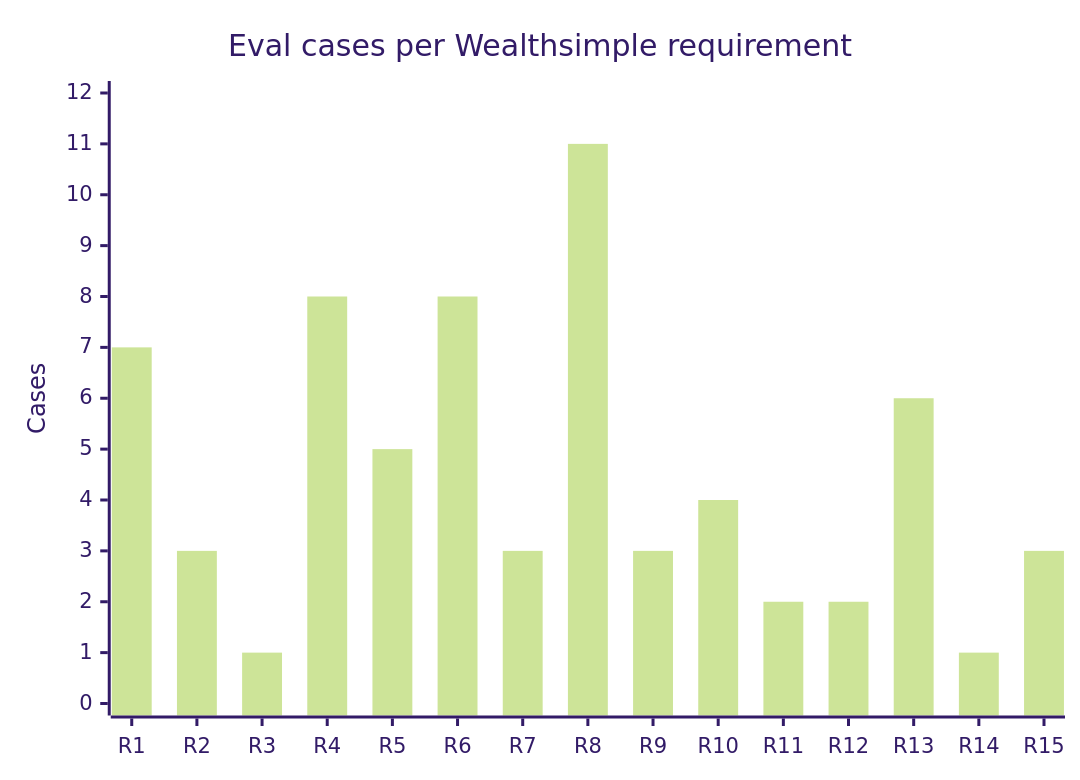
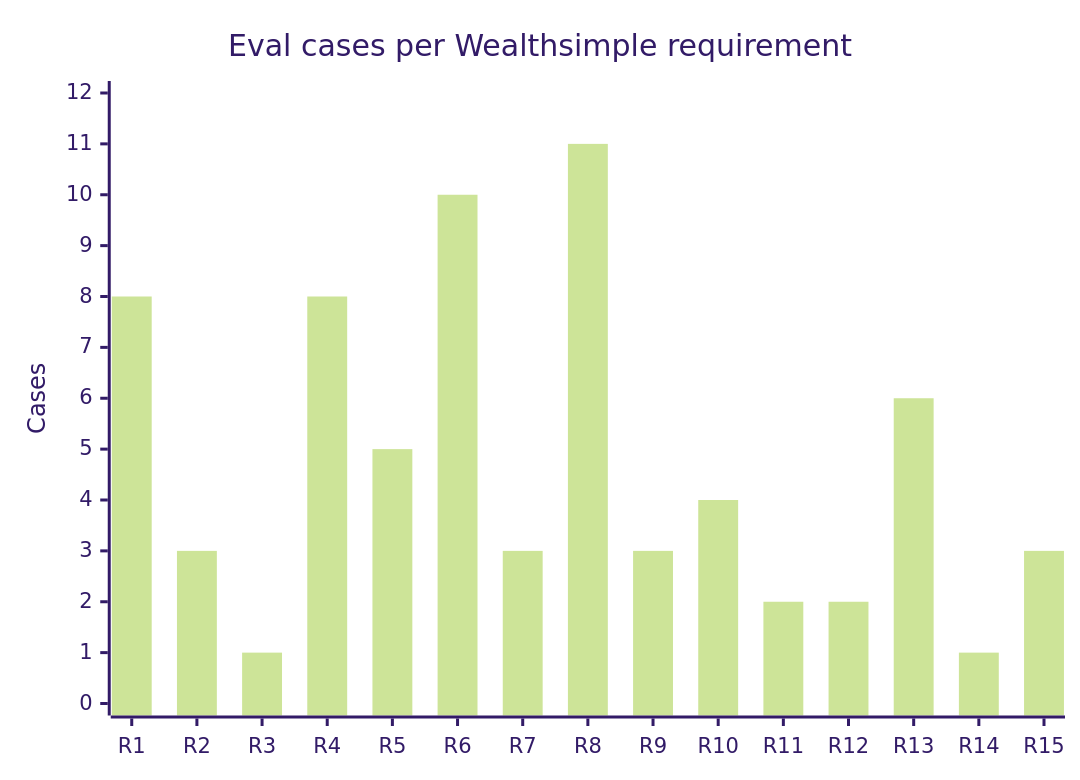
Before and after one commit to jordanne-dyck/jordannedyck-ai: the second of 2 diagrams in COVERAGE.md, drawn with Mermaid (forest theme). The commit also changed other lines of this file and 2 other files, not shown here.

````diff
--- a/COVERAGE.md
+++ b/COVERAGE.md
@@ -66,7 +66,7 @@
 ```mermaid
 xychart-beta
     title "Eval cases per Wealthsimple requirement"
     x-axis [R1, R2, R3, R4, R5, R6, R7, R8, R9, R10, R11, R12, R13, R14, R15]
     y-axis "Cases" 0 --> 12
-    bar [7, 3, 1, 8, 5, 8, 3, 11, 3, 4, 2, 2, 6, 1, 3]
+    bar [8, 3, 1, 8, 5, 10, 3, 11, 3, 4, 2, 2, 6, 1, 3]
 ```
````
